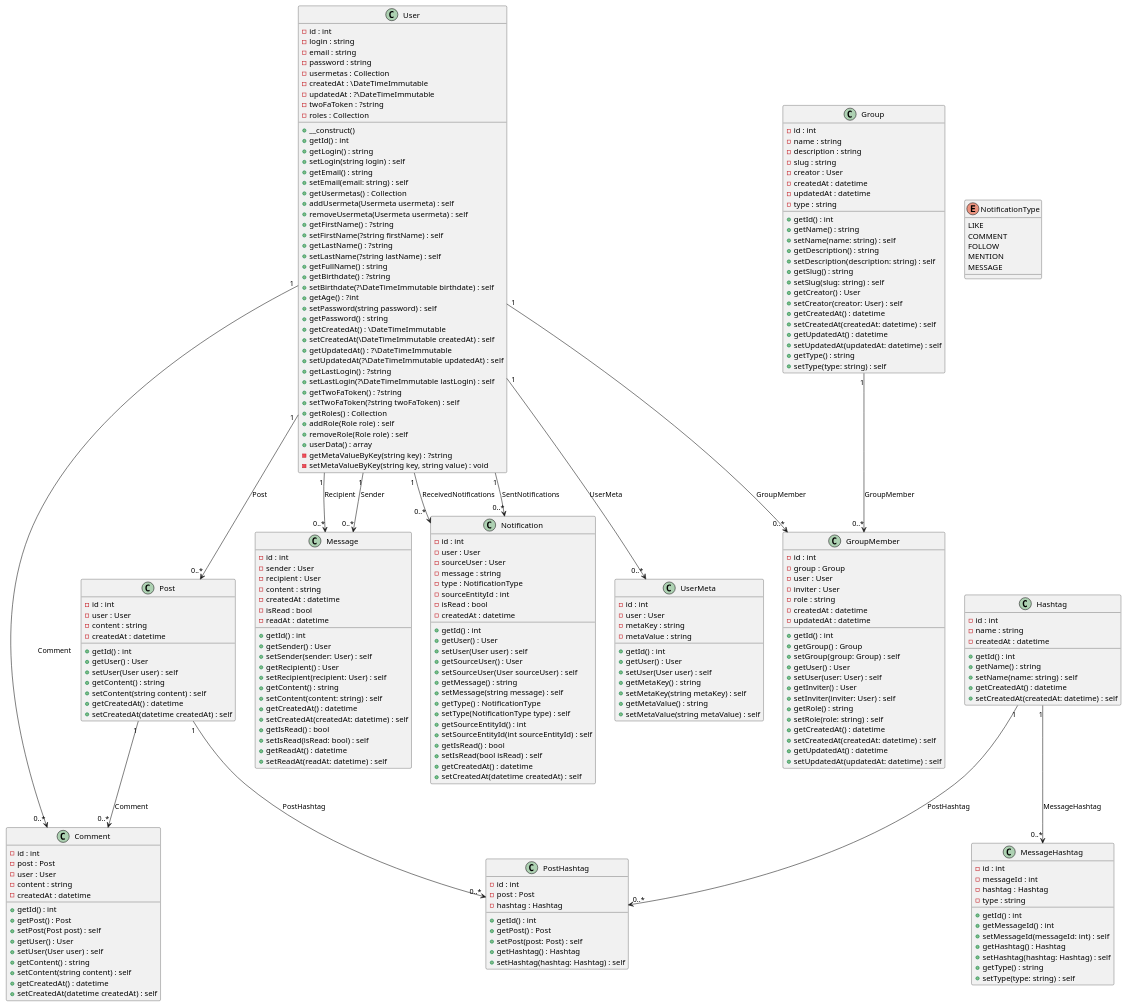
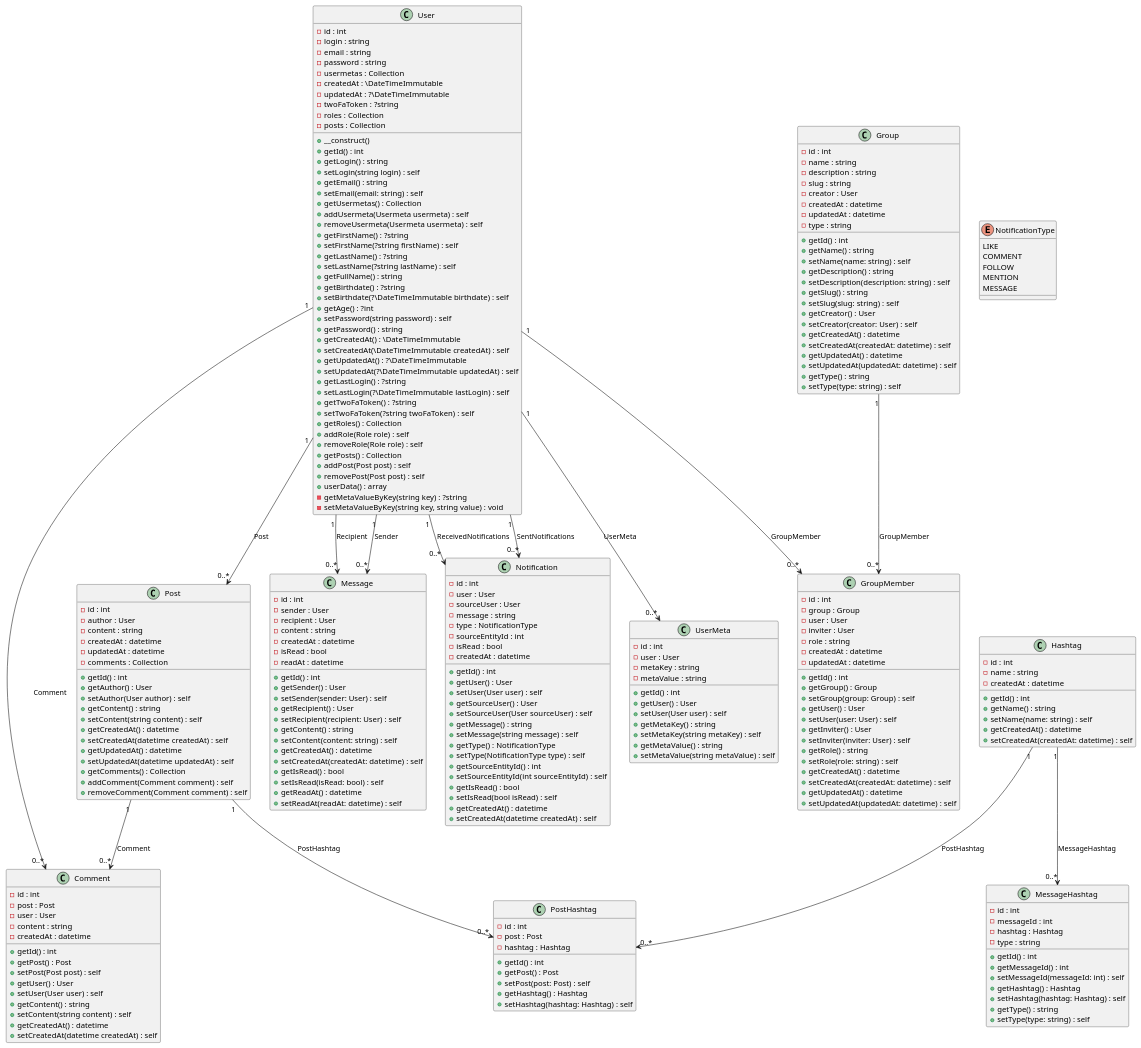
Before and after one commit to mzeahmed/coelacantheapi: the diagram in dev/uml/app.puml, drawn with PlantUML. The commit also changed 4 other files, not shown here.

Commit message:
:necktie: Add Post and Comment objects

```diff
--- a/dev/uml/app.puml
+++ b/dev/uml/app.puml
@@ -10,6 +10,8 @@
     - updatedAt : ?\DateTimeImmutable
     - twoFaToken : ?string
     - roles : Collection
+    - posts : Collection
+
     + __construct()
     + getId() : int
     + getLogin() : string
@@ -40,6 +42,9 @@
     + getRoles() : Collection
     + addRole(Role role) : self
     + removeRole(Role role) : self
+    + getPosts() : Collection
+    + addPost(Post post) : self
+    + removePost(Post post) : self
     + userData() : array
     - getMetaValueByKey(string key) : ?string
     - setMetaValueByKey(string key, string value) : void
@@ -62,17 +67,24 @@
 
 class Post {
     - id : int
-    - user : User
+    - author : User
     - content : string
     - createdAt : datetime
+    - updatedAt : datetime
+    - comments : Collection
 
     + getId() : int
-    + getUser() : User
-    + setUser(User user) : self
+    + getAuthor() : User
+    + setAuthor(User author) : self
     + getContent() : string
     + setContent(string content) : self
     + getCreatedAt() : datetime
     + setCreatedAt(datetime createdAt) : self
+    + getUpdatedAt() : datetime
+    + setUpdatedAt(datetime updatedAt) : self
+    + getComments() : Collection
+    + addComment(Comment comment) : self
+    + removeComment(Comment comment) : self
 }
 
 class Comment {
```
